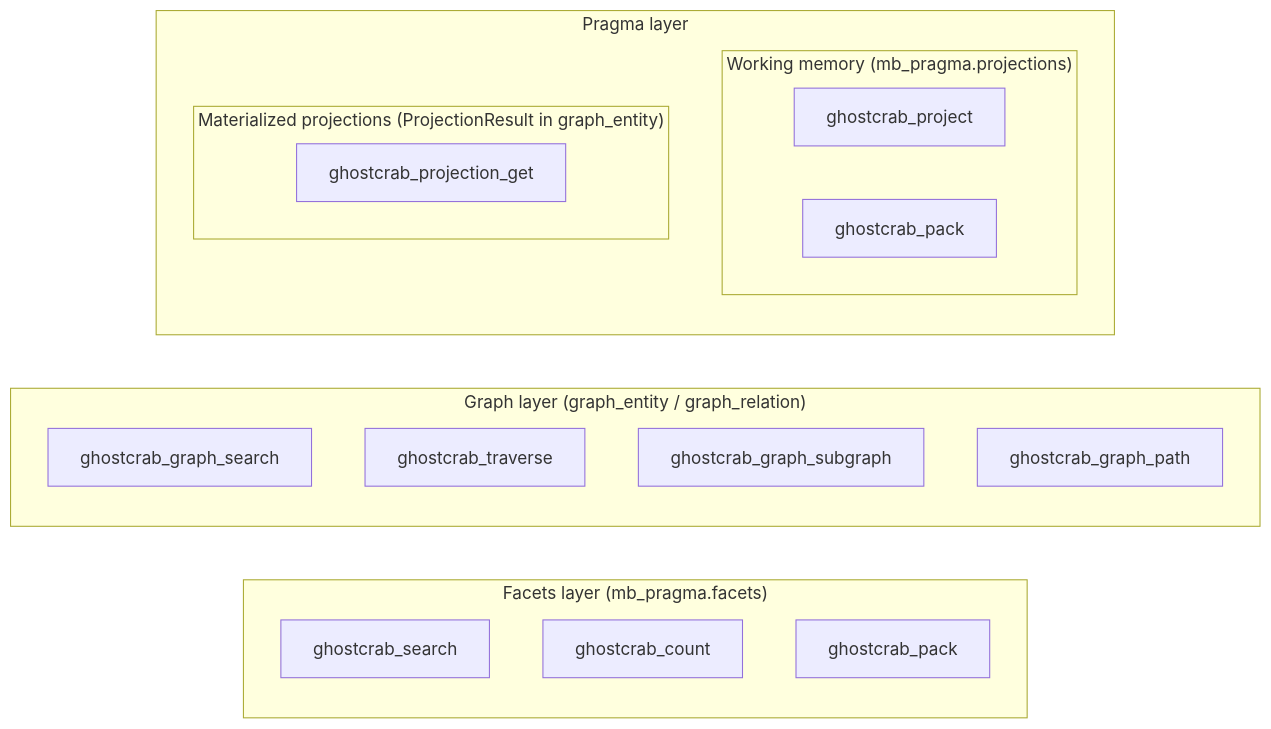
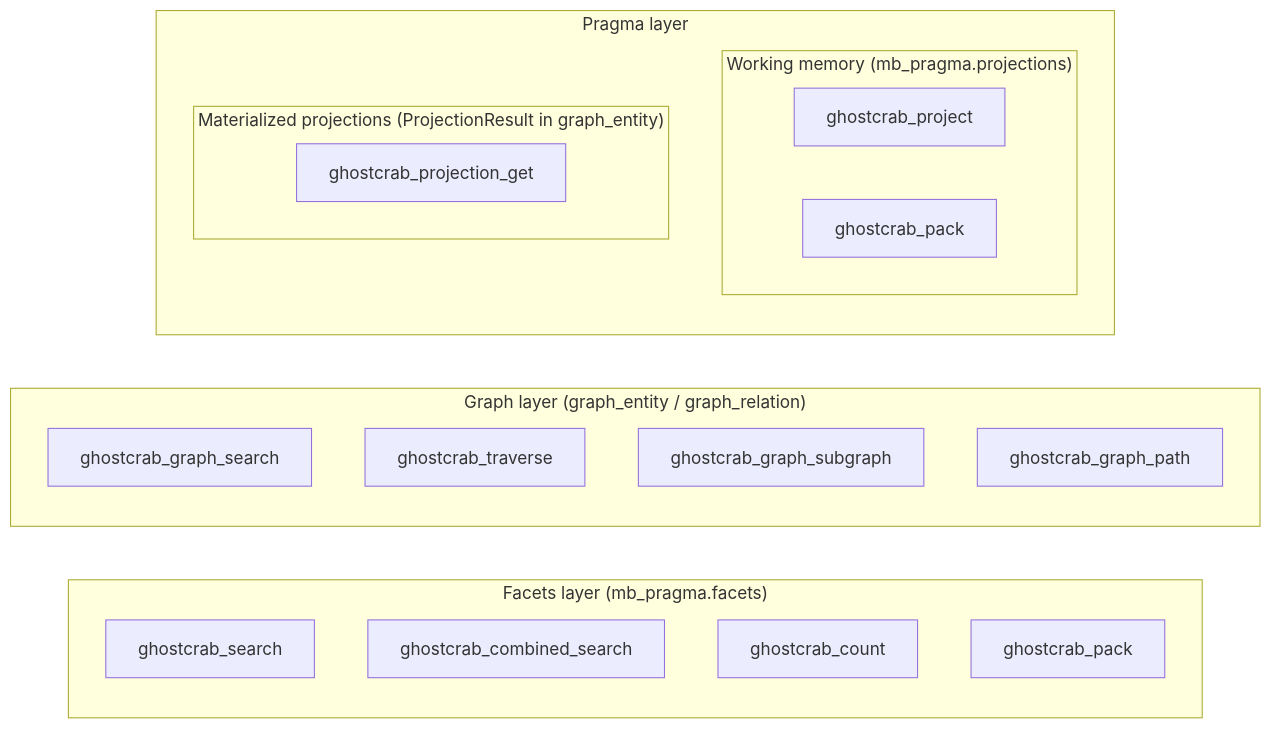
Before and after one commit to mindflight-orchestrator/ghostcrab-personal-mcp: the diagram in docs/methodology/ghostcrab-query-layers.md, drawn with Mermaid. The commit also changed other lines of this file and 194 other files, not shown here.

````diff
--- a/docs/methodology/ghostcrab-query-layers.md
+++ b/docs/methodology/ghostcrab-query-layers.md
@@ -7,26 +7,27 @@
 ```mermaid
 flowchart LR
   subgraph facetsLayer ["Facets layer (mb_pragma.facets)"]
     S[ghostcrab_search]
+    CS[ghostcrab_combined_search]
     C[ghostcrab_count]
     PK[ghostcrab_pack]
   end
   subgraph graphLayer ["Graph layer (graph_entity / graph_relation)"]
     GS[ghostcrab_graph_search]
     T[ghostcrab_traverse]
     SG[ghostcrab_graph_subgraph]
     GP[ghostcrab_graph_path]
   end
   subgraph pragmaLayer ["Pragma layer"]
     PJ[ghostcrab_project]
     PK2[ghostcrab_pack]
     PG[ghostcrab_projection_get]
     subgraph wm ["Working memory (mb_pragma.projections)"]
       PJ
       PK2
     end
     subgraph mat ["Materialized projections (ProjectionResult in graph_entity)"]
       PG
     end
   end
 ```
````
